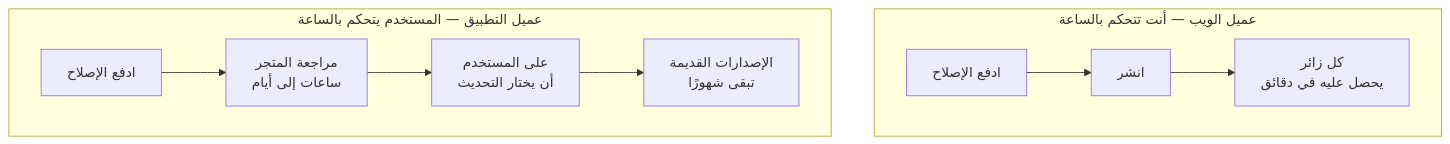
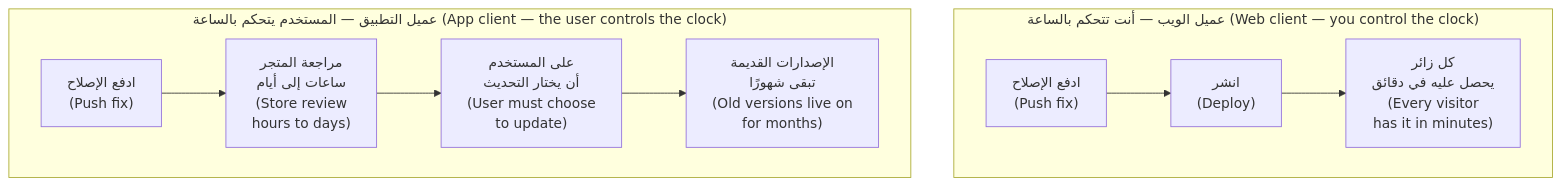
One commit to Tamoura/system-design-for-vibe-coders changed the first of 7 diagrams in modules/06-many-clients/module.ar.md. Above: the diagram before and after it, drawn with Mermaid. The commit also changed other lines of this file and 62 other files, not shown here.

First line of the commit message:
Arabic editions: English on every diagram label, RTL fixes, rebuild

````diff
--- a/modules/06-many-clients/module.ar.md
+++ b/modules/06-many-clients/module.ar.md
@@ -46,9 +46,9 @@
 ```mermaid
 flowchart TD
-    subgraph WEB["عميل الويب — أنت تتحكم بالساعة"]
-      W1["ادفع الإصلاح"] --> W2["انشر"] --> W3["كل زائر<br/>يحصل عليه في دقائق"]
+    subgraph WEB["عميل الويب — أنت تتحكم بالساعة (Web client — you control the clock)"]
+      W1["ادفع الإصلاح<br/>(Push fix)"] --> W2["انشر<br/>(Deploy)"] --> W3["كل زائر<br/>يحصل عليه في دقائق<br/>(Every visitor<br/>has it in minutes)"]
     end
-    subgraph APP["عميل التطبيق — المستخدم يتحكم بالساعة"]
-      A1["ادفع الإصلاح"] --> A2["مراجعة المتجر<br/>ساعات إلى أيام"] --> A3["على المستخدم<br/>أن يختار التحديث"] --> A4["الإصدارات القديمة<br/>تبقى شهورًا"]
+    subgraph APP["عميل التطبيق — المستخدم يتحكم بالساعة (App client — the user controls the clock)"]
+      A1["ادفع الإصلاح<br/>(Push fix)"] --> A2["مراجعة المتجر<br/>ساعات إلى أيام<br/>(Store review<br/>hours to days)"] --> A3["على المستخدم<br/>أن يختار التحديث<br/>(User must choose<br/>to update)"] --> A4["الإصدارات القديمة<br/>تبقى شهورًا<br/>(Old versions live on<br/>for months)"]
     end
 ```
````
